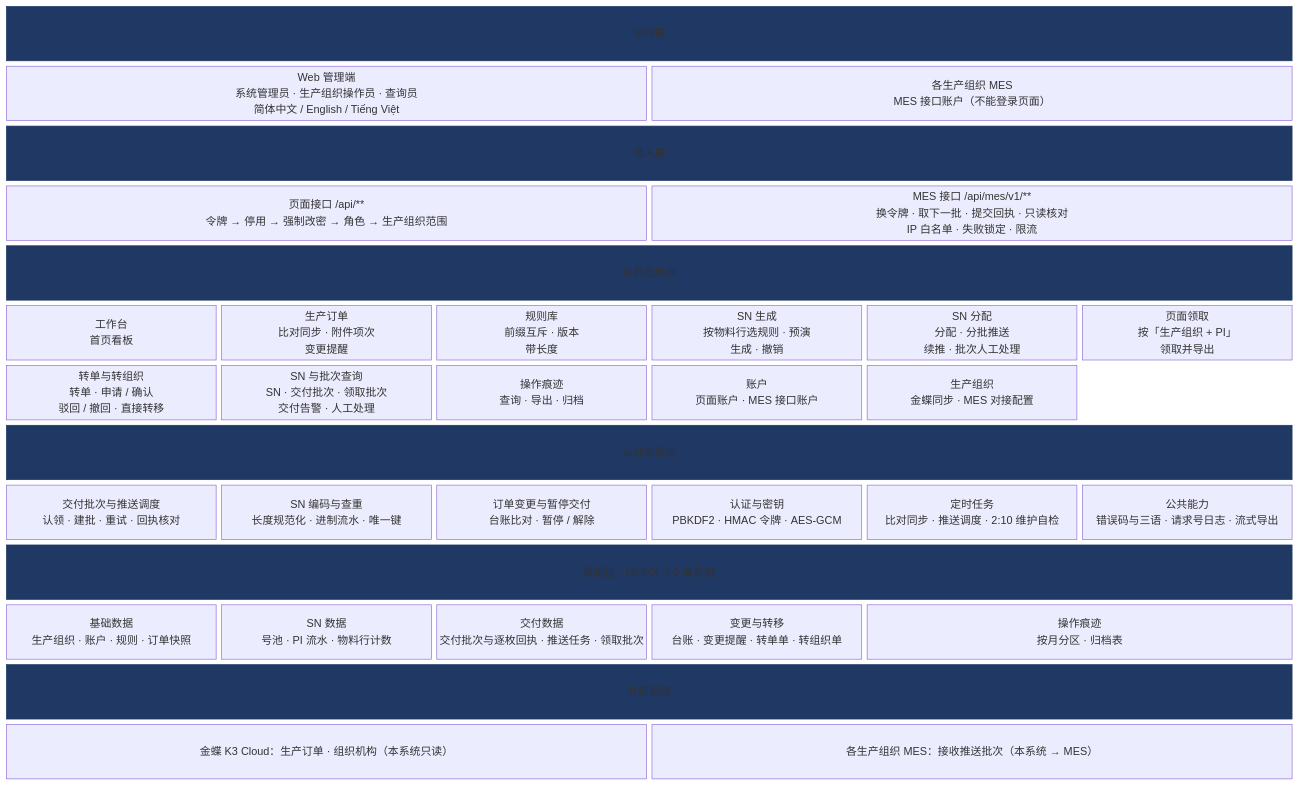
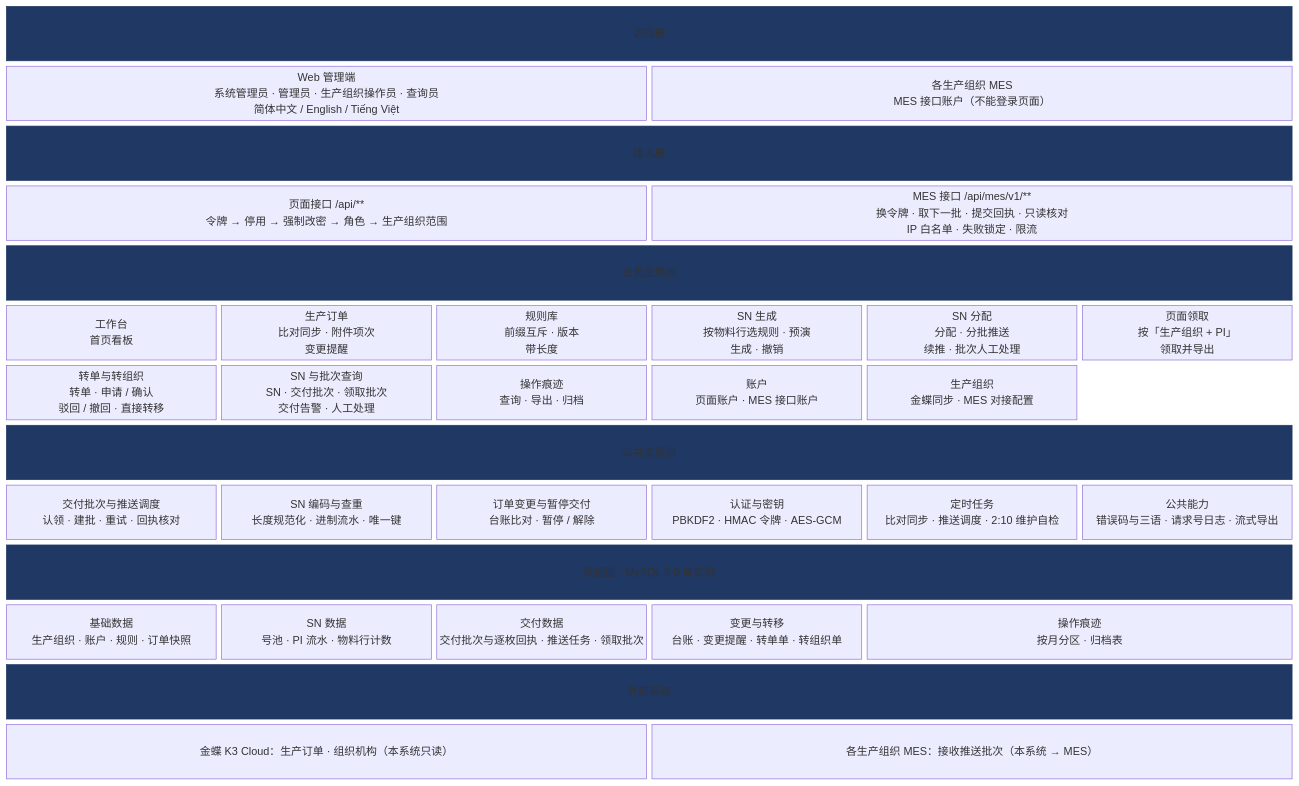
One commit to Createsnow/sn-center changed the diagram in docs/images/系统技术方案/fig2-1-function.mmd. Above: the diagram before and after it, drawn with Mermaid. The commit also changed 36 other files, not shown here.

First line of the commit message:
账户角色改名：内置管理员 → 系统管理员，系统管理员（总部）→ 管理员

```diff
--- a/docs/images/系统技术方案/fig2-1-function.mmd
+++ b/docs/images/系统技术方案/fig2-1-function.mmd
@@ -1,39 +1,39 @@
 block-beta
   columns 6
   L1["访问层"]:6
-  W["Web 管理端<br/>系统管理员 · 生产组织操作员 · 查询员<br/>简体中文 / English / Tiếng Việt"]:3
+  W["Web 管理端<br/>系统管理员 · 管理员 · 生产组织操作员 · 查询员<br/>简体中文 / English / Tiếng Việt"]:3
   M["各生产组织 MES<br/>MES 接口账户（不能登录页面）"]:3
   L2["接入层"]:6
   P["页面接口 /api/**<br/>令牌 → 停用 → 强制改密 → 角色 → 生产组织范围"]:3
   A["MES 接口 /api/mes/v1/**<br/>换令牌 · 取下一批 · 提交回执 · 只读核对<br/>IP 白名单 · 失败锁定 · 限流"]:3
   L3["业务应用层"]:6
   G1["工作台<br/>首页看板"]
   G2["生产订单<br/>比对同步 · 附件项次<br/>变更提醒"]
   G3["规则库<br/>前缀互斥 · 版本<br/>带长度"]
   G4["SN 生成<br/>按物料行选规则 · 预演<br/>生成 · 撤销"]
   G11["SN 分配<br/>分配 · 分批推送<br/>续推 · 批次人工处理"]
   G5["页面领取<br/>按「生产组织 + PI」<br/>领取并导出"]
   G6["转单与转组织<br/>转单 · 申请 / 确认<br/>驳回 / 撤回 · 直接转移"]
   G7["SN 与批次查询<br/>SN · 交付批次 · 领取批次<br/>交付告警 · 人工处理"]
   G8["操作痕迹<br/>查询 · 导出 · 归档"]
   G9["账户<br/>页面账户 · MES 接口账户"]
   G10["生产组织<br/>金蝶同步 · MES 对接配置"]
   space:1
   L4["公共支撑层"]:6
   S1["交付批次与推送调度<br/>认领 · 建批 · 重试 · 回执核对"]
   S2["SN 编码与查重<br/>长度规范化 · 进制流水 · 唯一键"]
   S3["订单变更与暂停交付<br/>台账比对 · 暂停 / 解除"]
   S4["认证与密钥<br/>PBKDF2 · HMAC 令牌 · AES-GCM"]
   S5["定时任务<br/>比对同步 · 推送调度 · 2:10 维护自检"]
   S6["公共能力<br/>错误码与三语 · 请求号日志 · 流式导出"]
   L5["数据层 · MySQL 8.0 单实例"]:6
   D1["基础数据<br/>生产组织 · 账户 · 规则 · 订单快照"]
   D2["SN 数据<br/>号池 · PI 流水 · 物料行计数"]
   D3["交付数据<br/>交付批次与逐枚回执 · 推送任务 · 领取批次"]
   D4["变更与转移<br/>台账 · 变更提醒 · 转单单 · 转组织单"]
   D5["操作痕迹<br/>按月分区 · 归档表"]:2
   L6["外部系统"]:6
   K["金蝶 K3 Cloud：生产订单 · 组织机构（本系统只读）"]:3
   MM["各生产组织 MES：接收推送批次（本系统 → MES）"]:3
   classDef layer fill:#1f3864,color:#fff,stroke:#1f3864
   class L1,L2,L3,L4,L5,L6 layer
```
